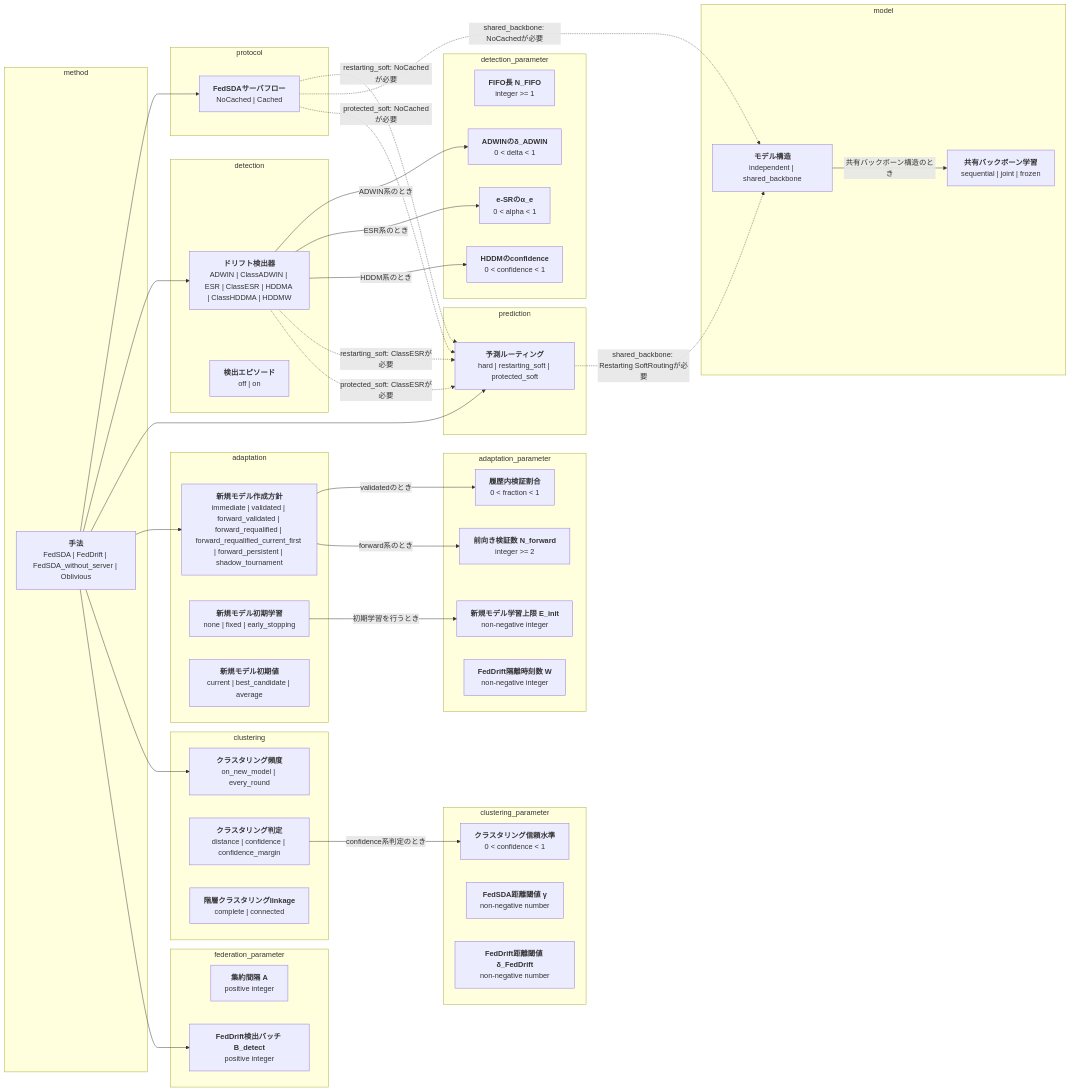
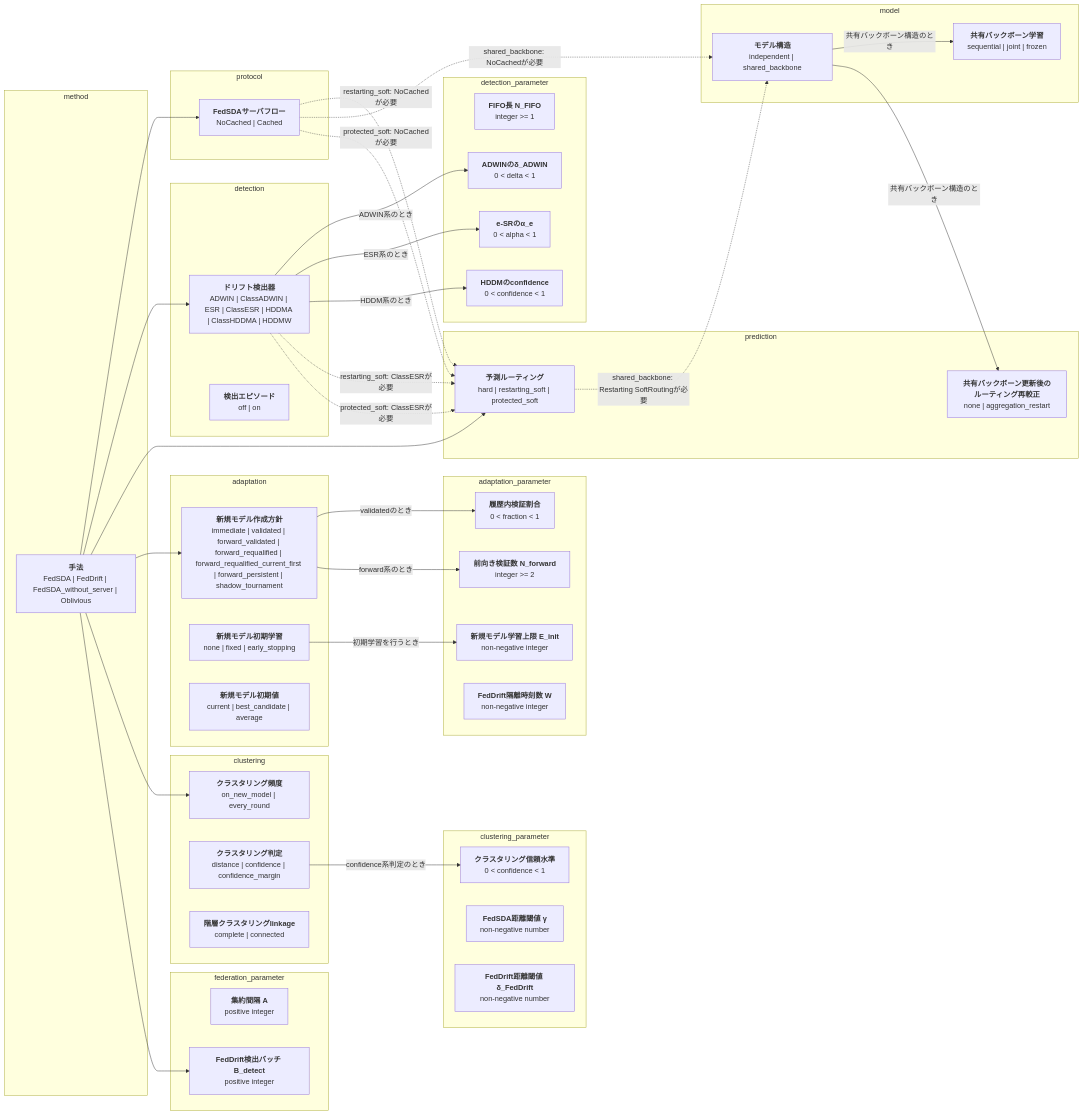
One commit to shimmen3141/FedSDA-experiment changed the first of 2 diagrams in docs/options.md. Above: the diagram before and after it, drawn with Mermaid. The commit also changed other lines of this file and 14 other files, not shown here.

Commit message:
Add aggregation-aware routing recalibration

````diff
--- a/docs/options.md
+++ b/docs/options.md
@@ -18,71 +18,73 @@
 ```mermaid
 flowchart LR
   subgraph group_method[method]
     method["<b>手法</b><br/>FedSDA | FedDrift | FedSDA_without_server | Oblivious"]
   end
   subgraph group_protocol[protocol]
     server_flow["<b>FedSDAサーバフロー</b><br/>NoCached | Cached"]
   end
   subgraph group_detection[detection]
     detector["<b>ドリフト検出器</b><br/>ADWIN | ClassADWIN | ESR | ClassESR | HDDMA | ClassHDDMA | HDDMW"]
     detection_episodes["<b>検出エピソード</b><br/>off | on"]
   end
   subgraph group_prediction[prediction]
     routing["<b>予測ルーティング</b><br/>hard | restarting_soft | protected_soft"]
+    shared_backbone_routing_recalibration["<b>共有バックボーン更新後のルーティング再較正</b><br/>none | aggregation_restart"]
   end
   subgraph group_model[model]
     model_architecture["<b>モデル構造</b><br/>independent | shared_backbone"]
     shared_backbone_training["<b>共有バックボーン学習</b><br/>sequential | joint | frozen"]
   end
   subgraph group_adaptation[adaptation]
     new_model_creation_policy["<b>新規モデル作成方針</b><br/>immediate | validated | forward_validated | forward_requalified | forward_requalified_current_first | forward_persistent | shadow_tournament"]
     new_model_training["<b>新規モデル初期学習</b><br/>none | fixed | early_stopping"]
     new_model_initialization["<b>新規モデル初期値</b><br/>current | best_candidate | average"]
   end
   subgraph group_adaptation_parameter[adaptation_parameter]
     new_model_epochs["<b>新規モデル学習上限 E_init</b><br/>non-negative integer"]
     new_model_validation_fraction["<b>履歴内検証割合</b><br/>0 < fraction < 1"]
     new_model_forward_validation_samples["<b>前向き検証数 N_forward</b><br/>integer >= 2"]
     feddrift_isolation_timesteps["<b>FedDrift隔離時刻数 W</b><br/>non-negative integer"]
   end
   subgraph group_detection_parameter[detection_parameter]
     fifo_size["<b>FIFO長 N_FIFO</b><br/>integer >= 1"]
     adwin_delta["<b>ADWINのδ_ADWIN</b><br/>0 < delta < 1"]
     e_detector_alpha["<b>e-SRのα_e</b><br/>0 < alpha < 1"]
     hddm_drift_confidence["<b>HDDMのconfidence</b><br/>0 < confidence < 1"]
   end
   subgraph group_clustering[clustering]
     clustering_policy["<b>クラスタリング頻度</b><br/>on_new_model | every_round"]
     clustering_decision["<b>クラスタリング判定</b><br/>distance | confidence | confidence_margin"]
     cluster_linkage["<b>階層クラスタリングlinkage</b><br/>complete | connected"]
   end
   subgraph group_clustering_parameter[clustering_parameter]
     clustering_confidence["<b>クラスタリング信頼水準</b><br/>0 < confidence < 1"]
     fedsda_distance_threshold["<b>FedSDA距離閾値 γ</b><br/>non-negative number"]
     feddrift_distance_threshold["<b>FedDrift距離閾値 δ_FedDrift</b><br/>non-negative number"]
   end
   subgraph group_federation_parameter[federation_parameter]
     aggregation_interval["<b>集約間隔 A</b><br/>positive integer"]
     feddrift_detection_batch_size["<b>FedDrift検出バッチ B_detect</b><br/>positive integer"]
   end
   model_architecture -->|"共有バックボーン構造のとき"| shared_backbone_training
+  model_architecture -->|"共有バックボーン構造のとき"| shared_backbone_routing_recalibration
   new_model_training -->|"初期学習を行うとき"| new_model_epochs
   new_model_creation_policy -->|"validatedのとき"| new_model_validation_fraction
   new_model_creation_policy -->|"forward系のとき"| new_model_forward_validation_samples
   detector -->|"ADWIN系のとき"| adwin_delta
   detector -->|"ESR系のとき"| e_detector_alpha
   detector -->|"HDDM系のとき"| hddm_drift_confidence
   clustering_decision -->|"confidence系判定のとき"| clustering_confidence
   server_flow -.->|"restarting_soft: NoCachedが必要"| routing
   detector -.->|"restarting_soft: ClassESRが必要"| routing
   server_flow -.->|"shared_backbone: NoCachedが必要"| model_architecture
   routing -.->|"shared_backbone: Restarting SoftRoutingが必要"| model_architecture
   server_flow -.->|"protected_soft: NoCachedが必要"| routing
   detector -.->|"protected_soft: ClassESRが必要"| routing
   method --> server_flow
   method --> detector
   method --> routing
   method --> new_model_creation_policy
   method --> clustering_policy
   method --> feddrift_detection_batch_size
 ```
````
